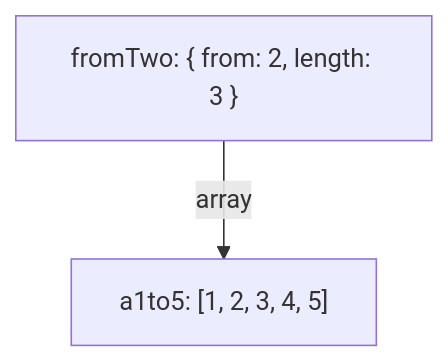
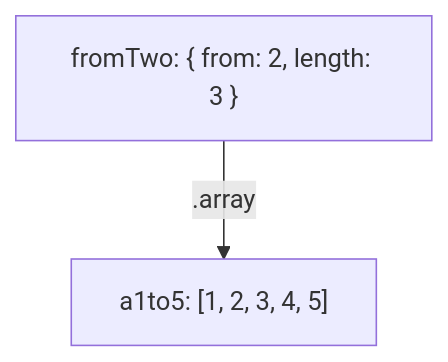
The fourth of 7 diagrams in _posts/2019-01-14-structural-sharing-and-copy-on-write.md (raganwald/raganwald.github.com), drawn with Mermaid before and after one commit. The commit also changed other lines of this file, not shown here.

```diff
--- a/_posts/2019-01-14-structural-sharing-and-copy-on-write.md
+++ b/_posts/2019-01-14-structural-sharing-and-copy-on-write.md
@@ -311,4 +311,4 @@
 <div class="mermaid">
   graph TD
-    b["fromTwo: { from: 2, length: 3 }"]-- array -->a["a1to5: [1, 2, 3, 4, 5]"];
+    b["fromTwo: { from: 2, length: 3 }"]-- .array -->a["a1to5: [1, 2, 3, 4, 5]"];
 </div>
```
